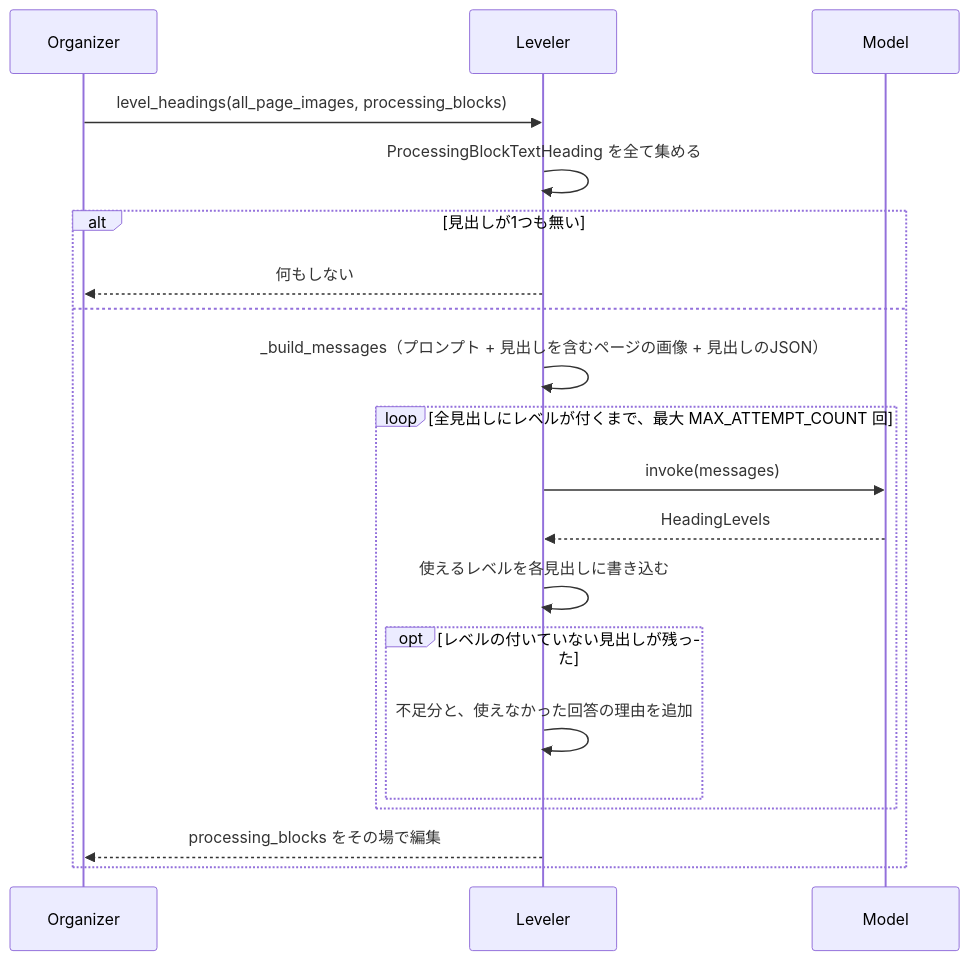
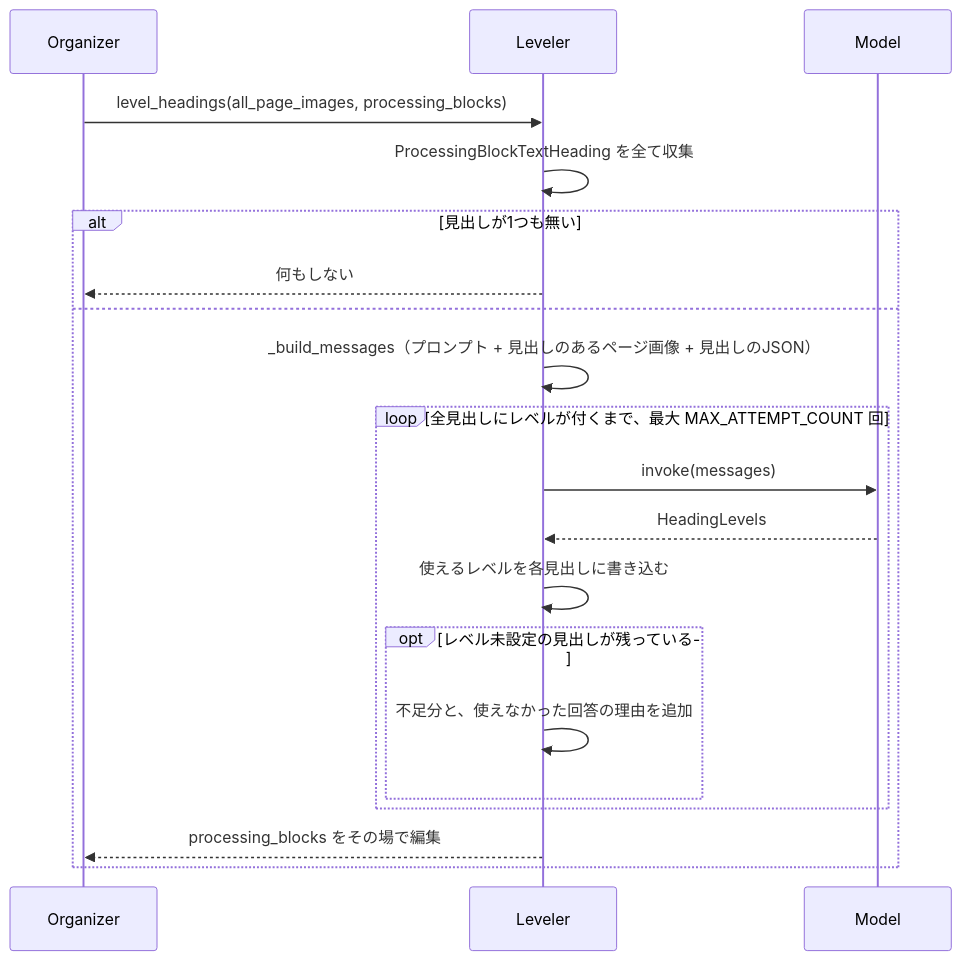
Before and after one commit to konbraphat51/SuperSuat: the third of 3 diagrams in Uploader/OcrModule/Blocked/Docs/StructureOrganizer.ja.md, drawn with Mermaid. The commit also changed other lines of this file and 28 other files, not shown here.

````diff
--- a/Uploader/OcrModule/Blocked/Docs/StructureOrganizer.ja.md
+++ b/Uploader/OcrModule/Blocked/Docs/StructureOrganizer.ja.md
@@ -189,22 +207,22 @@
 ```mermaid
 sequenceDiagram
     participant Organizer
     participant Leveler
     participant Model
     Organizer->>Leveler: level_headings(all_page_images, processing_blocks)
-    Leveler->>Leveler: ProcessingBlockTextHeading を全て集める
+    Leveler->>Leveler: ProcessingBlockTextHeading を全て収集
     alt 見出しが1つも無い
         Leveler-->>Organizer: 何もしない
     else
-        Leveler->>Leveler: _build_messages（プロンプト + 見出しを含むページの画像 + 見出しのJSON）
+        Leveler->>Leveler: _build_messages（プロンプト + 見出しのあるページ画像 + 見出しのJSON）
         loop 全見出しにレベルが付くまで、最大 MAX_ATTEMPT_COUNT 回
             Leveler->>Model: invoke(messages)
             Model-->>Leveler: HeadingLevels
             Leveler->>Leveler: 使えるレベルを各見出しに書き込む
-            opt レベルの付いていない見出しが残った
+            opt レベル未設定の見出しが残っている
                 Leveler->>Leveler: 不足分と、使えなかった回答の理由を追加
             end
         end
         Leveler-->>Organizer: processing_blocks をその場で編集
     end
 ```
````
